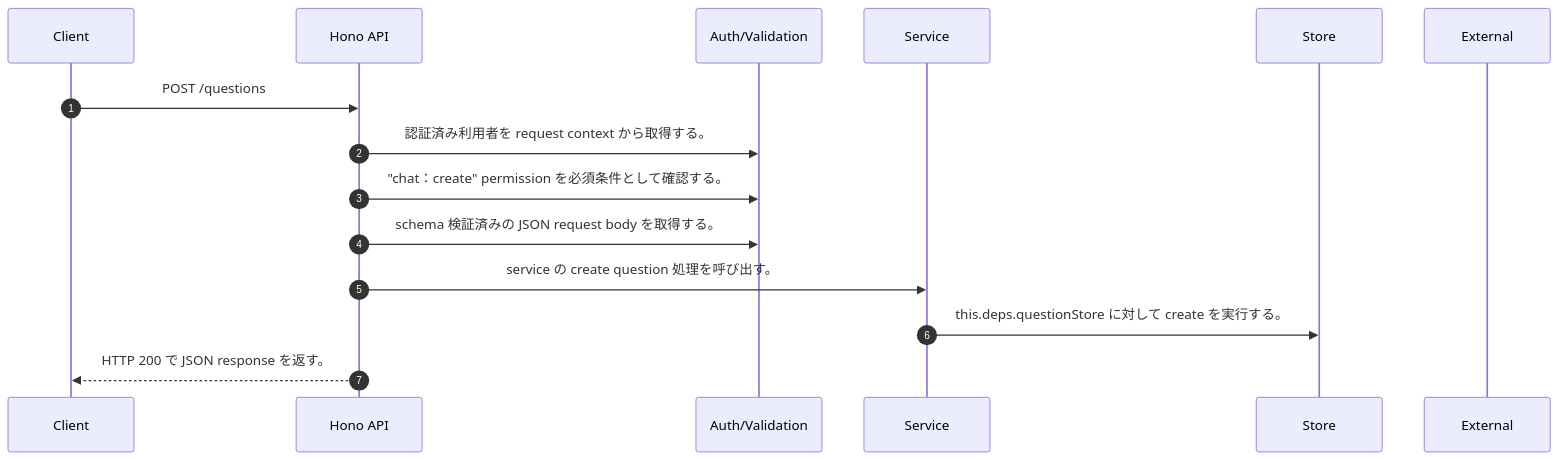
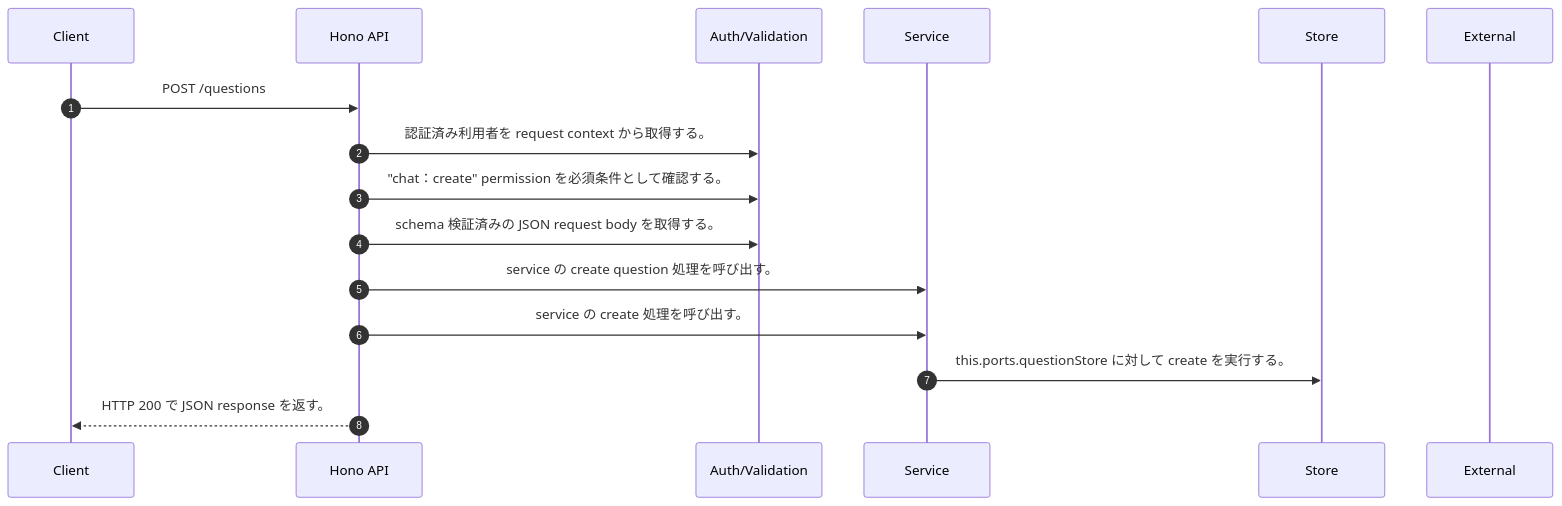
The diagram in docs/generated/api-code/post-questions/sequence_gen.md (tsuji-tomonori/rag-assist), drawn with Mermaid before and after one commit. The commit also changed other lines of this file and 311 other files, not shown here.

First line of the commit message:
♻️ refactor(api): question lifecycleをnarrow portへ分離

````diff
--- a/docs/generated/api-code/post-questions/sequence_gen.md
+++ b/docs/generated/api-code/post-questions/sequence_gen.md
@@ -7,17 +7,18 @@
 ```mermaid
 sequenceDiagram
   autonumber
   participant Client as Client
   participant API as Hono API
   participant Auth as Auth/Validation
   participant Service as Service
   participant Store as Store
   participant External as External
   Client->>API: POST /questions
   API->>Auth: 認証済み利用者を request context から取得する。
   API->>Auth: "chat：create" permission を必須条件として確認する。
   API->>Auth: schema 検証済みの JSON request body を取得する。
   API->>Service: service の create question 処理を呼び出す。
-  Service->>Store: this.deps.questionStore に対して create を実行する。
+  API->>Service: service の create 処理を呼び出す。
+  Service->>Store: this.ports.questionStore に対して create を実行する。
   API-->>Client: HTTP 200 で JSON response を返す。
 ```
````
